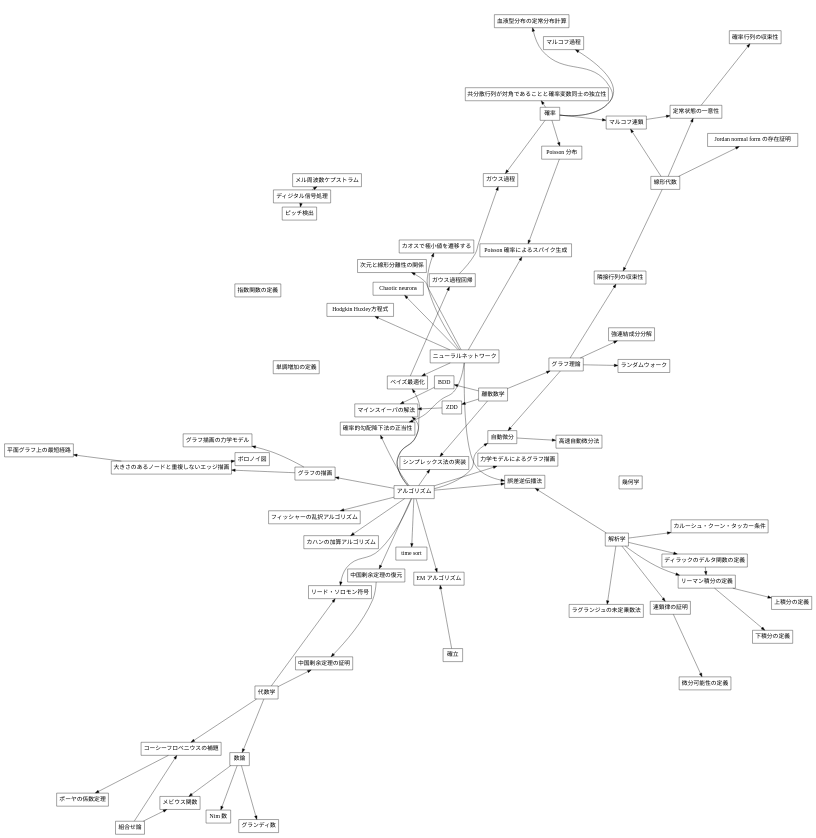
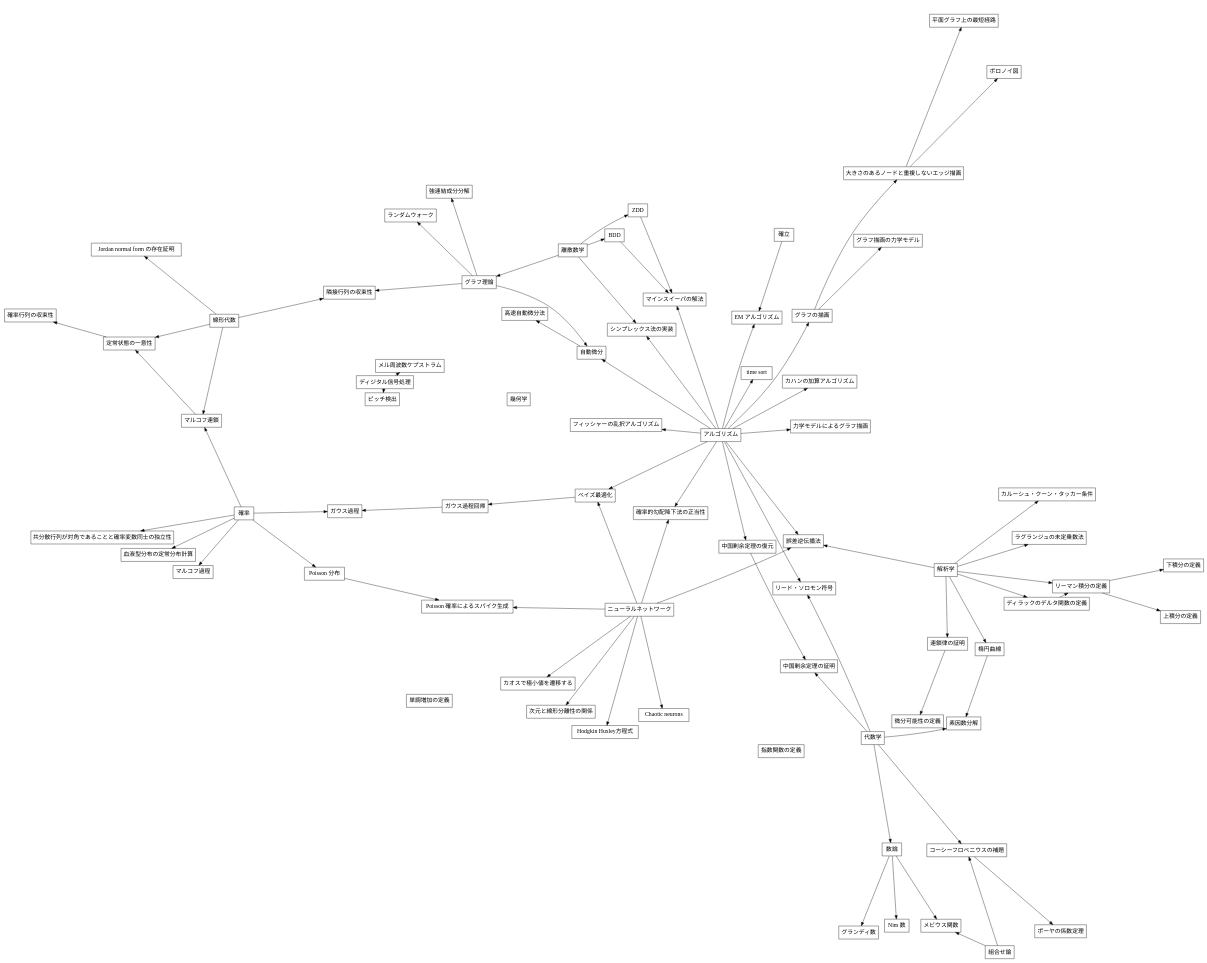
The diagram in todo/master.dot (muushi97/notes), drawn with Graphviz before and after one commit. The commit also changed 1 other file, not shown here.

```diff
--- a/todo/master.dot
+++ b/todo/master.dot
@@ -1,175 +1,179 @@
 digraph graph_name {
   graph [
     charset = "UTF-8";
     label = "todo",
     labelloc = "t",
     labeljust = "c",
     bgcolor = "#ffffff",
     fontcolor = white,
     fontsize = 18,
     style = "filled",
     rankdir = TB,
     margin = 0.2,
     splines = spline,
     ranksep = 1.0,
     nodesep = 0.9,
     //layout = dot
     layout = fdp
   ];
 
   node [
     colorscheme = "rdylgn11"
     style = "solid,filled",
     shape = box,
     fontsize = 16,
     fontcolor = black,
     fontname = "Migu 1M",
     color = black,
     fillcolor = white,
   ];
 
 
   // edge define
   "ニューラルネットワーク";
   "解析学"
   "代数学";
   "幾何学";
   "線形代数";
   "確率";
   "組合せ論";
   "離散数学";
   "ディジタル信号処理";
   { "離散数学" } -> "グラフ理論";
   { "代数学" } -> "数論";
   "アルゴリズム";
 
   "単調増加の定義";
   "指数関数の定義";
 
   { "解析学" }                          -> "連鎖律の証明";
 
   { "連鎖律の証明" }                    -> "微分可能性の定義";
 
   { "解析学" }                          -> "ディラックのデルタ関数の定義";
 
   { "解析学";
     "ディラックのデルタ関数の定義" }    -> "リーマン積分の定義";
 
   { "リーマン積分の定義" }              -> "上積分の定義";
 
   { "リーマン積分の定義" }              -> "下積分の定義";
 
   { "確率" }                            -> "マルコフ過程";
 
   { "確率" }                            -> "Poisson 分布";
 
   { "確率" }                            -> "共分散行列が対角であることと確率変数同士の独立性";
 
   { "確率" }                            -> "血液型分布の定常分布計算";
 
   { "ベイズ最適化" }                    -> "ガウス過程回帰";
 
   { "確率";
     "ガウス過程回帰" }                  -> "ガウス過程";
 
   { "グラフ理論";
     "線形代数" }                        -> "隣接行列の収束性";
 
   { "線形代数" }                        -> "Jordan normal form の存在証明";
 
   { "線形代数";
     "確率" }                            -> "マルコフ連鎖";
 
   { "マルコフ連鎖";
     "線形代数" }                        -> "定常状態の一意性";
 
   { "定常状態の一意性" }                -> "確率行列の収束性";
 
   { "アルゴリズム" }                    -> "中国剰余定理の復元";
 
   { "代数学";
     "中国剰余定理の復元" }              -> "中国剰余定理の証明";
 
   { "ニューラルネットワーク" }          -> "Hodgkin Huxley方程式";
 
   { "ニューラルネットワーク";
     "アルゴリズム" }                    -> "確率的勾配降下法の正当性";
 
   { "ニューラルネットワーク";
     "Poisson 分布" }                    -> "Poisson 確率によるスパイク生成";
 
   { "ニューラルネットワーク" }          -> "次元と線形分離性の関係";
 
   { "ニューラルネットワーク" }          -> "Chaotic neurons";
 
   { "ニューラルネットワーク";
     "アルゴリズム" }                    -> "ベイズ最適化";
 
   { "ニューラルネットワーク" }          -> "カオスで極小値を遷移する";
   // ホップフィールドモデルだとエネルギー関数の極小値に記憶がうめこまれる
   // カオスニューラルネットのひとつがホップフィールドネットワークで、海馬でもカオスがみられてる
   // カオスんニューラルネットワークならうまくやればエネルギーの極小値にしばらく留まってから別の極小値へ遷移するようになる
   // これを利用すればネットワークが記憶した内容をとりだせる
 
 
   { "アルゴリズム" }                    -> "フィッシャーの乱択アルゴリズム";
 
   { "アルゴリズム" }                    -> "カハンの加算アルゴリズム";
 
   { "アルゴリズム";
     "離散数学" }                        -> "シンプレックス法の実装";
 
   { "アルゴリズム" }                    -> "力学モデルによるグラフ描画";
 
   { "アルゴリズム" }                    -> "グラフの描画";
   { "グラフの描画" }                    -> "グラフ描画の力学モデル";
 
   { "グラフの描画" }                    -> "大きさのあるノードと重複しないエッジ描画";
   { "大きさのあるノードと重複しないエッジ描画" } -> "ボロノイ図";
   { "大きさのあるノードと重複しないエッジ描画" } -> "平面グラフ上の最短経路";
 
   { "ニューラルネットワーク";
     "解析学";
     "アルゴリズム" }                    -> "誤差逆伝播法";
 
   { "代数学";
     "アルゴリズム" }                    -> "リード・ソロモン符号";
 
   { "代数学";
     "組合せ論" }                        -> "コーシーフロベニウスの補題";
 
   { "コーシーフロベニウスの補題" }      -> "ポーヤの係数定理";
 
   { "グラフ理論" }                      -> "強連結成分分解";
 
   { "グラフ理論" }                      -> "ランダムウォーク";
 
   { "数論";
     "組合せ論" }                        -> "メビウス関数";
 
   { "アルゴリズム";
     "グラフ理論" }                      -> "自動微分";
 
   { "自動微分" }                        -> "高速自動微分法";
 
   { "アルゴリズム";
     "確立" }                            -> "EM アルゴリズム";
 
   { "アルゴリズム" }                    -> "time sort";
 
   { "数論" }                            -> "グランディ数";
   { "数論" }                            -> "Nim 数";
 
   { "離散数学" }                        -> "BDD";
   { "離散数学" }                        -> "ZDD";
 
   { "BDD";
     "ZDD"; 
     "アルゴリズム" }                    -> "マインスイーパの解法";
 
   { "ディジタル信号処理"; }             -> "メル周波数ケプストラム";
   { "ディジタル信号処理"; }             -> "ピッチ検出";
 
   { "解析学"; }                         -> "ラグランジュの未定乗数法";
   { "解析学"; }                         -> "カルーシュ・クーン・タッカー条件";
+
+  { "解析学"; }                         -> "楕円曲線";
+  { "楕円曲線";
+    "代数学"; }                         -> "素因数分解";
 }
```
